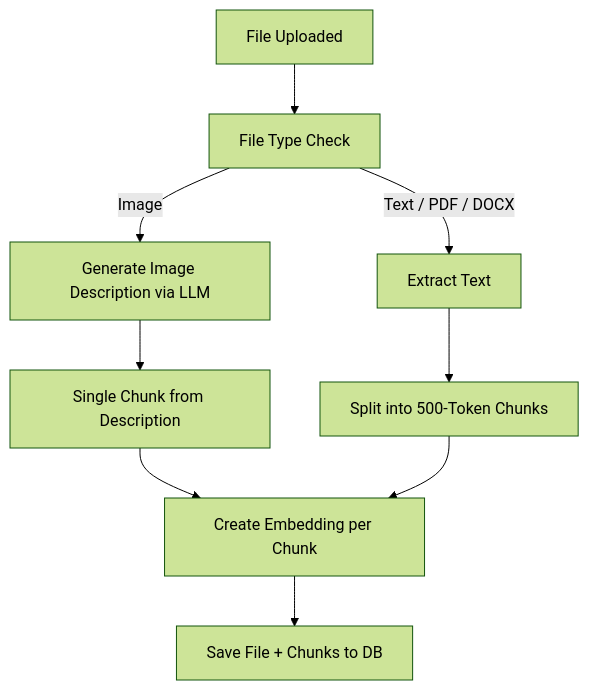
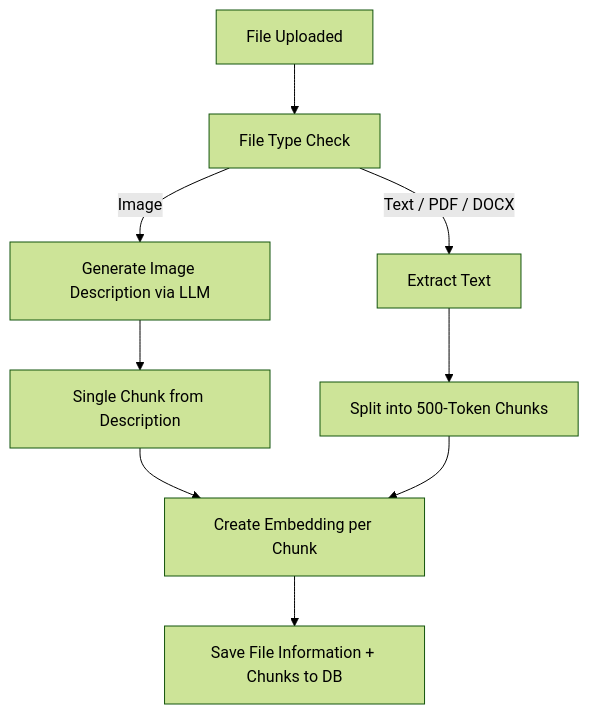
One commit to mikeshutov/llm_poc changed the third of 3 diagrams in README.md. Above: the diagram before and after it, drawn with Mermaid (forest theme).

Commit message:
tiny clarification

````diff
--- a/README.md
+++ b/README.md
@@ -79,11 +79,11 @@
 ```mermaid
 flowchart TD
     A[File Uploaded] --> B[File Type Check]
     B -->|Image| C[Generate Image Description via LLM]
     B -->|Text / PDF / DOCX| E[Extract Text]
     C --> F[Single Chunk from Description]
     E --> F2[Split into 500-Token Chunks]
     F --> G[Create Embedding per Chunk]
     F2 --> G
-    G --> H[Save File + Chunks to DB]
+    G --> H[Save File Information + Chunks to DB]
 ```
````
